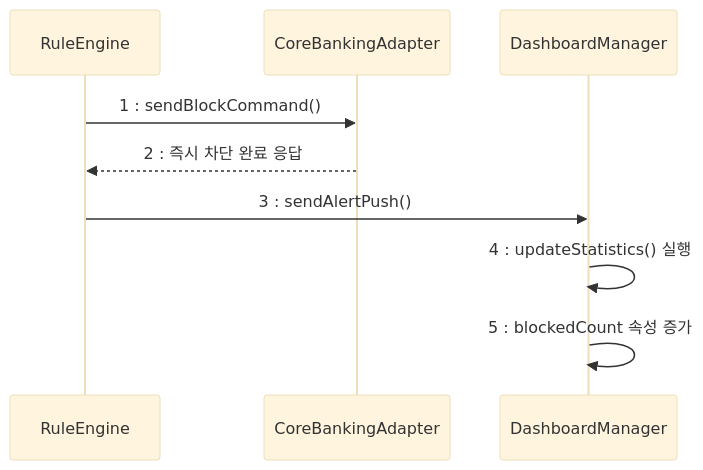
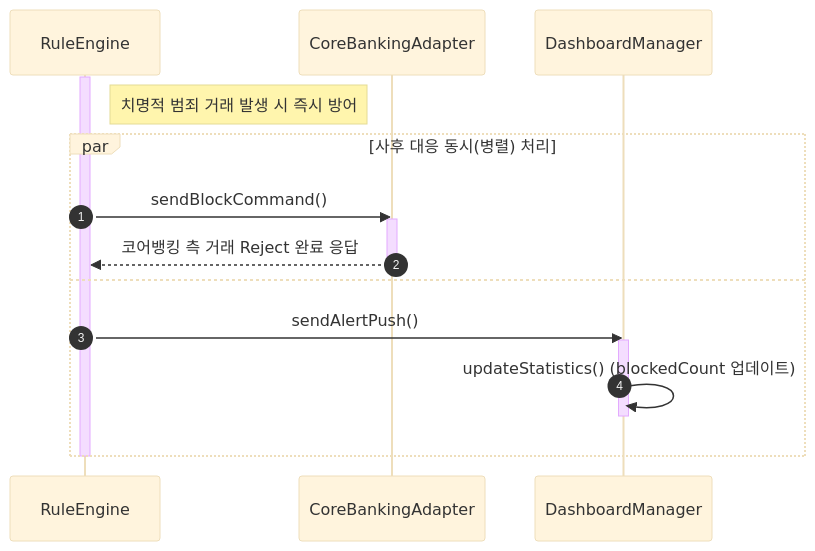
The eighth of 12 diagrams in Design_[22411890_석채연].md (seokchaeyeon/2026_1_OSS), drawn with Mermaid (base theme) before and after one commit. The commit also changed other lines of this file, not shown here.

````diff
--- a/Design_[22411890_석채연].md
+++ b/Design_[22411890_석채연].md
@@ -240,12 +327,23 @@
 ```mermaid
 sequenceDiagram
+    autonumber
     participant Rule as RuleEngine
     participant Adapter as CoreBankingAdapter
     participant Dashboard as DashboardManager
 
-    Rule->>Adapter: 1 : sendBlockCommand()
-    Adapter-->>Rule: 2 : 즉시 차단 완료 응답
-    Rule->>Dashboard: 3 : sendAlertPush()
-    Dashboard->>Dashboard: 4 : updateStatistics() 실행
-    Dashboard->>Dashboard: 5 : blockedCount 속성 증가
+    activate Rule
+    Note right of Rule: 치명적 범죄 거래 발생 시 즉시 방어
+    
+    par 사후 대응 동시(병렬) 처리
+        Rule->>Adapter: sendBlockCommand()
+        activate Adapter
+        Adapter-->>Rule: 코어뱅킹 측 거래 Reject 완료 응답
+        deactivate Adapter
+    and
+        Rule->>Dashboard: sendAlertPush()
+        activate Dashboard
+        Dashboard->>Dashboard: updateStatistics() (blockedCount 업데이트)
+        deactivate Dashboard
+    end
+    deactivate Rule
 ```
````
